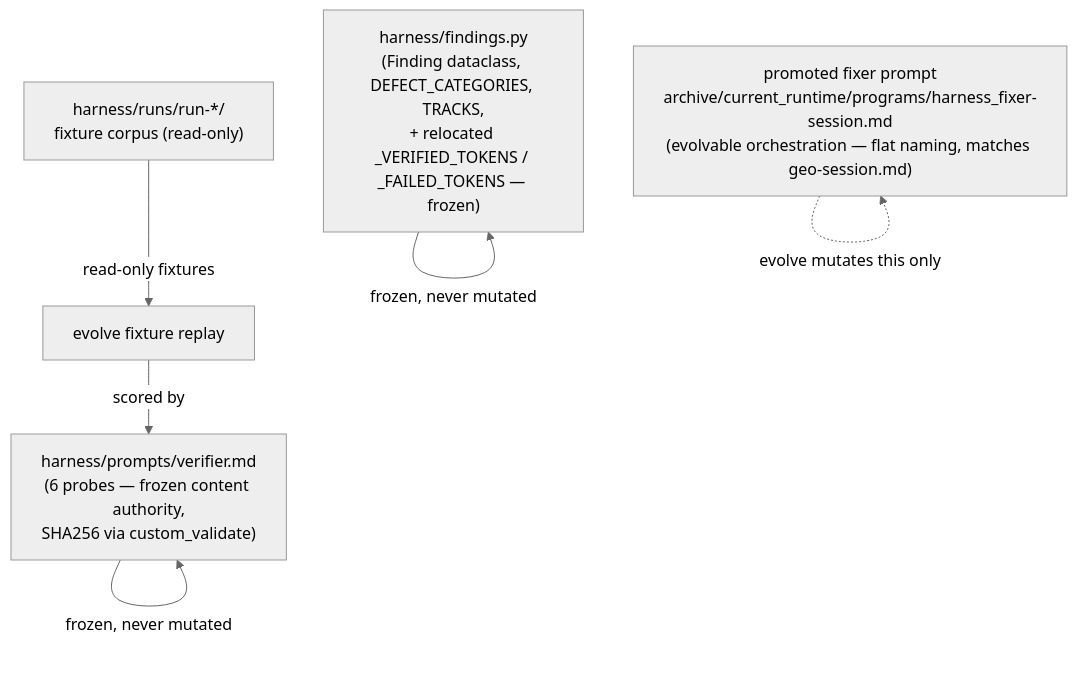
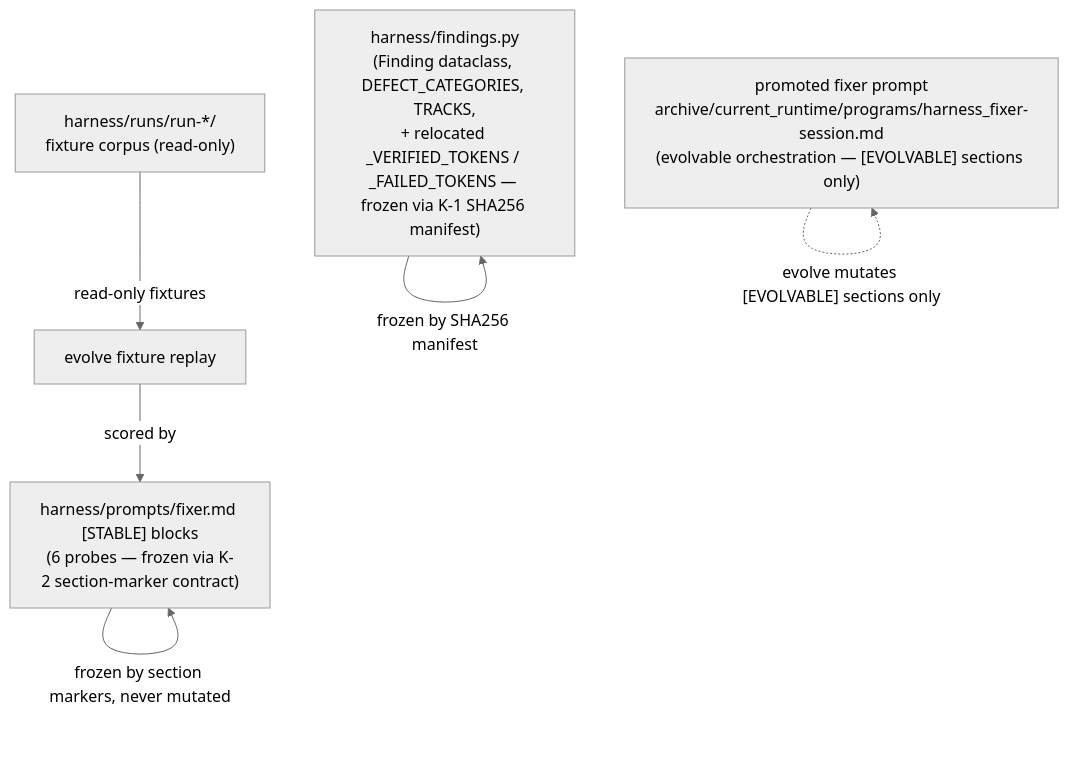
One commit to jryszardnoszczyk/gofreddy changed the second of 2 diagrams in docs/brainstorms/2026-04-26-harness-fixer-autoresearch-fusion-requirements.md. Above: the diagram before and after it, drawn with Mermaid (neutral theme). The commit also changed other lines of this file, not shown here.

````diff
--- a/docs/brainstorms/2026-04-26-harness-fixer-autoresearch-fusion-requirements.md
+++ b/docs/brainstorms/2026-04-26-harness-fixer-autoresearch-fusion-requirements.md
@@ -43,12 +44,12 @@
 ```mermaid
 flowchart TB
-  C1["harness/prompts/verifier.md<br/>(6 probes — frozen content authority,<br/>SHA256 via custom_validate)"]
-  C2["harness/findings.py<br/>(Finding dataclass, DEFECT_CATEGORIES, TRACKS,<br/>+ relocated _VERIFIED_TOKENS / _FAILED_TOKENS — frozen)"]
+  C1["harness/prompts/fixer.md [STABLE] blocks<br/>(6 probes — frozen via K-2 section-marker contract)"]
+  C2["harness/findings.py<br/>(Finding dataclass, DEFECT_CATEGORIES, TRACKS,<br/>+ relocated _VERIFIED_TOKENS / _FAILED_TOKENS — frozen via K-1 SHA256 manifest)"]
   C4["harness/runs/run-*/<br/>fixture corpus (read-only)"]
-  P["promoted fixer prompt<br/>archive/current_runtime/programs/harness_fixer-session.md<br/>(evolvable orchestration — flat naming, matches geo-session.md)"]
-  C1 -- frozen, never mutated --> C1
-  C2 -- frozen, never mutated --> C2
+  P["promoted fixer prompt<br/>archive/current_runtime/programs/harness_fixer-session.md<br/>(evolvable orchestration — [EVOLVABLE] sections only)"]
+  C1 -- frozen by section markers, never mutated --> C1
+  C2 -- frozen by SHA256 manifest --> C2
   C4 -- read-only fixtures --> R[evolve fixture replay]
-  P -. evolve mutates this only .-> P
+  P -. evolve mutates [EVOLVABLE] sections only .-> P
   R -- scored by --> C1
 ```
````
